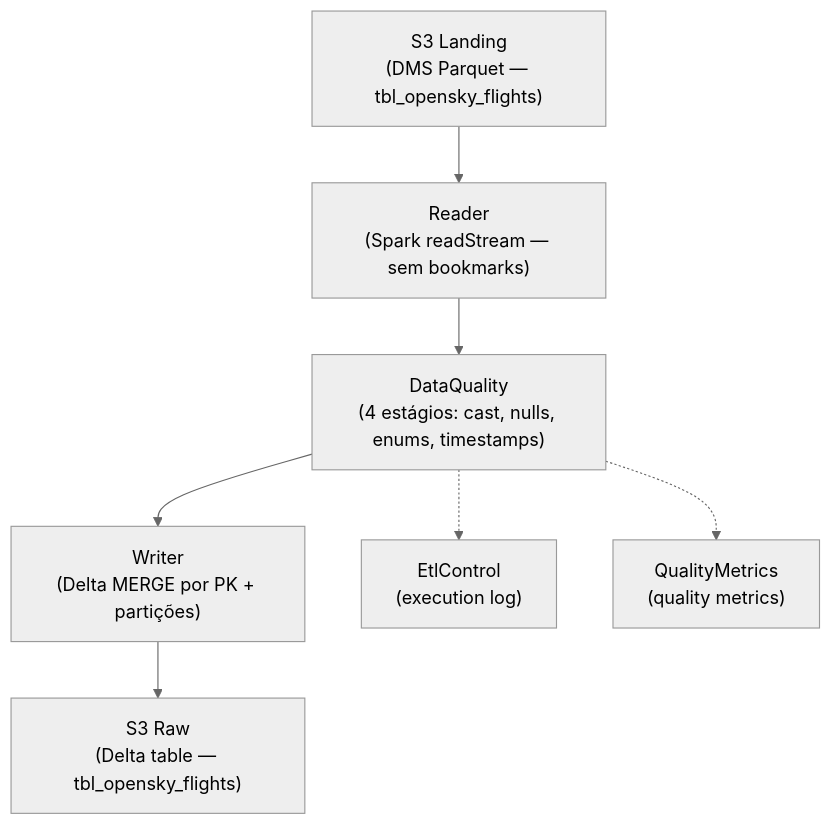
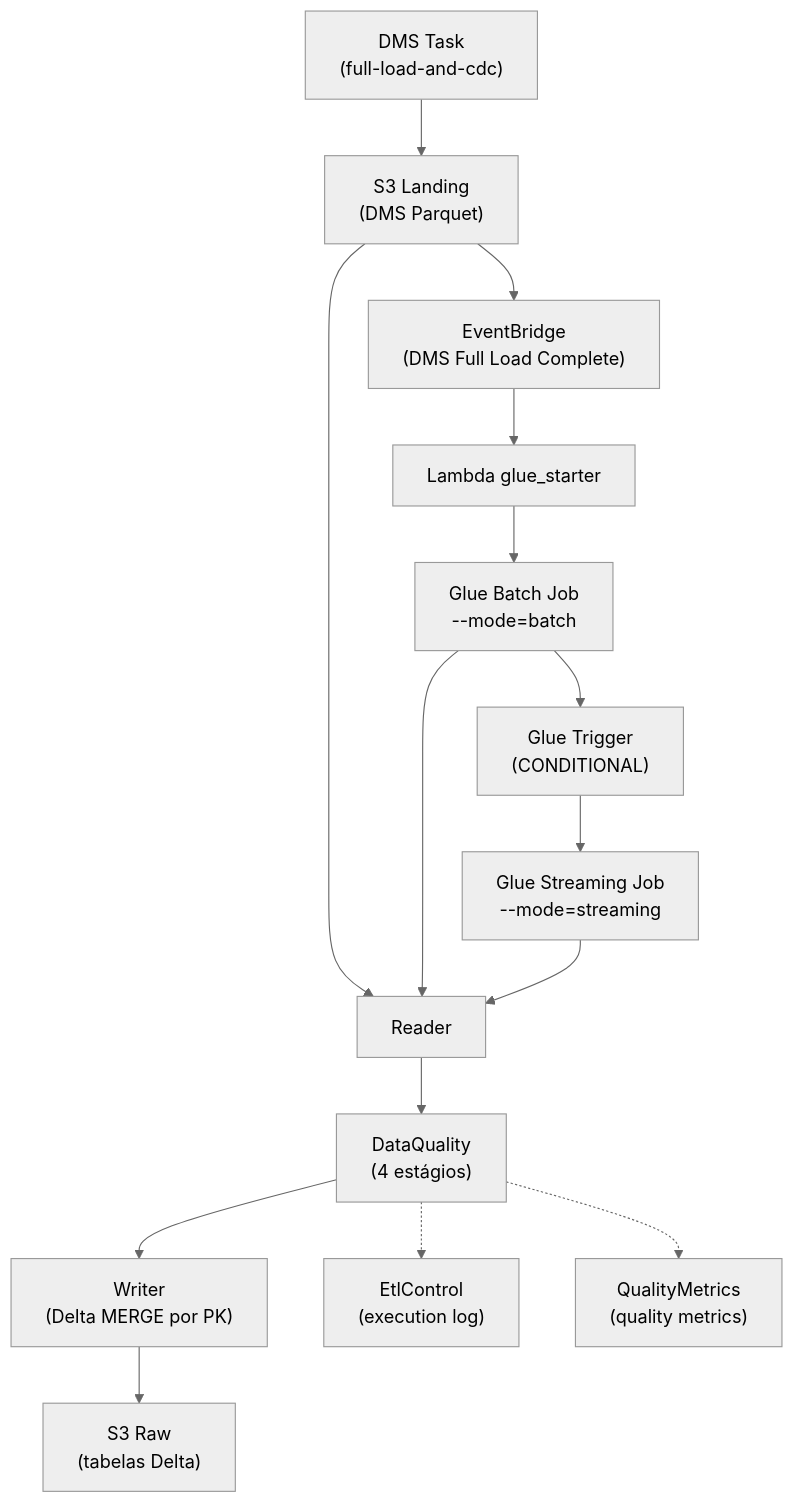
One commit to jamilvilela/aws-streaming-flight-radar-glue changed the diagram in docs-sdd/skill.md. Above: the diagram before and after it, drawn with Mermaid (neutral theme). The commit also changed other lines of this file and 27 other files, not shown here.

First line of the commit message:
Refactor Glue DMS CDC Pipeline Documentation and Scripts

````diff
--- a/docs-sdd/skill.md
+++ b/docs-sdd/skill.md
@@ -29,17 +29,31 @@
 ```mermaid
 flowchart TD
-    LAND["S3 Landing<br/>(DMS Parquet — tbl_opensky_flights)"]
-    READER["Reader<br/>(Spark readStream — sem bookmarks)"]
-    DQ["DataQuality<br/>(4 estágios: cast, nulls, enums, timestamps)"]
-    WRITER["Writer<br/>(Delta MERGE por PK + partições)"]
-    RAW["S3 Raw<br/>(Delta table — tbl_opensky_flights)"]
+    DMS["DMS Task<br/>(full-load-and-cdc)"]
+    LAND["S3 Landing<br/>(DMS Parquet)"]
+    EVB["EventBridge<br/>(DMS Full Load Complete)"]
+    LAMBDA["Lambda glue_starter"]
+    BATCH["Glue Batch Job<br/>--mode=batch"]
+    TRIG["Glue Trigger<br/>(CONDITIONAL)"]
+    STREAM["Glue Streaming Job<br/>--mode=streaming"]
+    READER["Reader"]
+    DQ["DataQuality<br/>(4 estágios)"]
+    WRITER["Writer<br/>(Delta MERGE por PK)"]
+    RAW["S3 Raw<br/>(tabelas Delta)"]
     ETL["EtlControl<br/>(execution log)"]
     QM["QualityMetrics<br/>(quality metrics)"]
 
+    DMS --> LAND
+    LAND --> EVB
+    EVB --> LAMBDA
+    LAMBDA --> BATCH
+    BATCH --> TRIG
+    TRIG --> STREAM
     LAND --> READER
+    BATCH --> READER
+    STREAM --> READER
     READER --> DQ
     DQ --> WRITER
     WRITER --> RAW
     DQ -.-> ETL
     DQ -.-> QM
 ```
````
